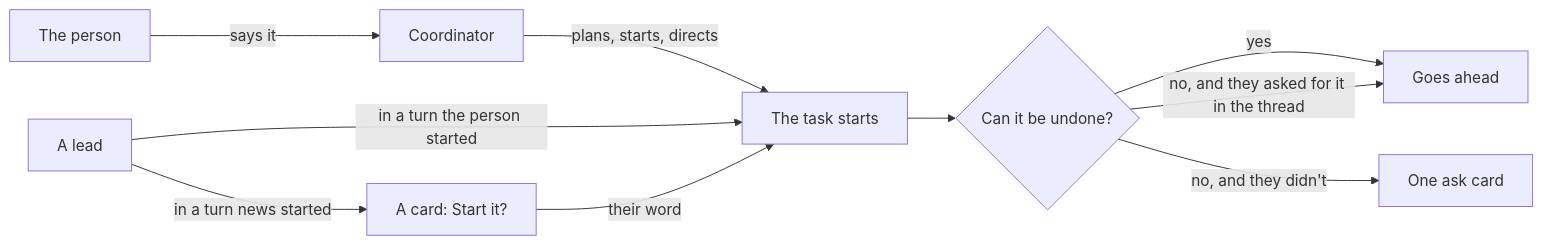
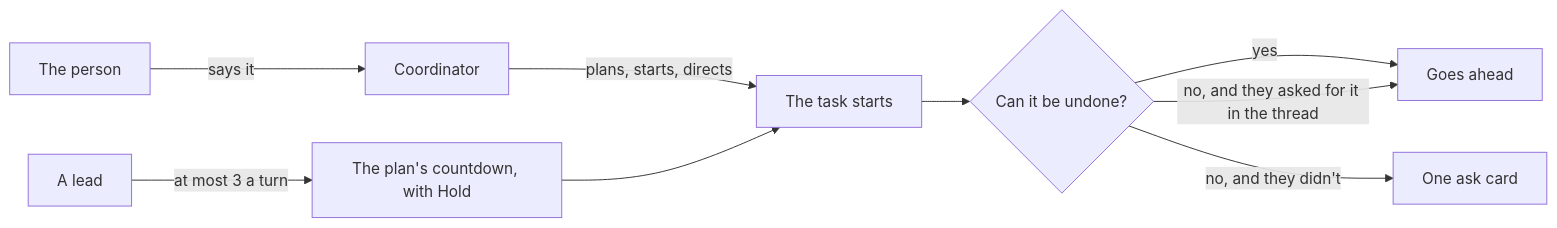
One commit to AltharIDE/althar changed the first of 2 diagrams in packages/ui/prototypes/capable/README.md. Above: the diagram before and after it, drawn with Mermaid. The commit also changed other lines of this file, not shown here.

Commit message:
Prototype capable: README's summary and flow as #663 built them

````diff
--- a/packages/ui/prototypes/capable/README.md
+++ b/packages/ui/prototypes/capable/README.md
@@ -25,12 +25,11 @@
 ```mermaid
 flowchart LR
   P[The person] -->|says it| C[Coordinator]
   C -->|plans, starts, directs| S[The task starts]
-  L[A lead] -->|in a turn the person started| S
-  L -->|in a turn news started| K[A card: Start it?]
-  K -->|their word| S
+  L[A lead] -->|at most 3 a turn| K[The plan's countdown, with Hold]
+  K --> S
   S --> A{Can it be undone?}
   A -->|yes| G[Goes ahead]
   A -->|no, and they asked for it in the thread| G
   A -->|no, and they didn't| Q[One ask card]
 ```
````
